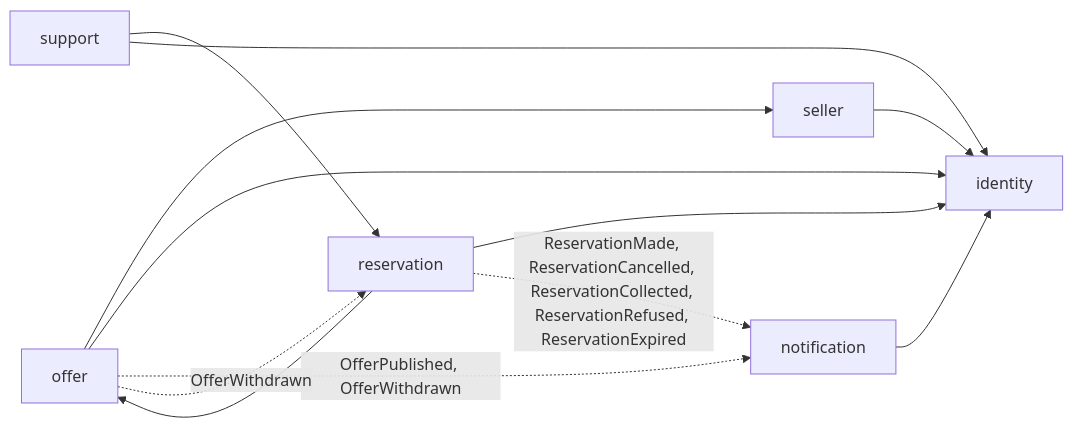
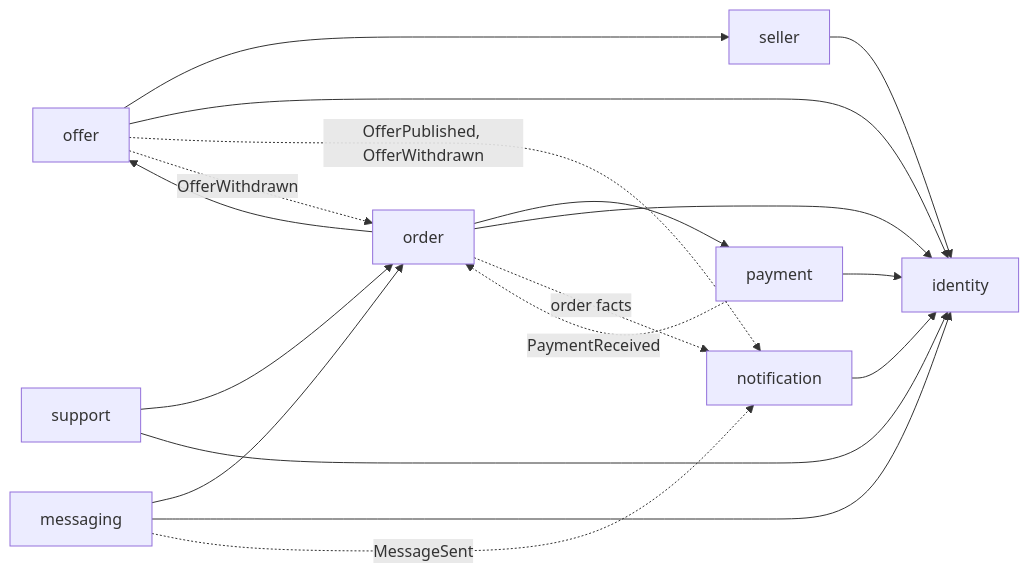
One commit to kl3inIT/second-bite changed the diagram in docs/increments/active/sec-6-pilot-domain-model/design.md. Above: the diagram before and after it, drawn with Mermaid. The commit also changed other lines of this file and 9 other files, not shown here.

````diff
--- a/docs/increments/active/sec-6-pilot-domain-model/design.md
+++ b/docs/increments/active/sec-6-pilot-domain-model/design.md
@@ -105,15 +136,21 @@
 ```mermaid
 flowchart LR
   identity
   seller --> identity
   offer --> seller
   offer --> identity
-  reservation --> offer
-  reservation --> identity
-  support --> reservation
+  order --> offer
+  order --> payment
+  order --> identity
+  payment --> identity
+  messaging --> order
+  messaging --> identity
+  support --> order
   support --> identity
   notification --> identity
   offer -. "OfferPublished, OfferWithdrawn" .-> notification
-  offer -. "OfferWithdrawn" .-> reservation
-  reservation -. "ReservationMade, ReservationCancelled, ReservationCollected, ReservationRefused, ReservationExpired" .-> notification
+  offer -. "OfferWithdrawn" .-> order
+  payment -. "PaymentReceived" .-> order
+  order -. "order facts" .-> notification
+  messaging -. "MessageSent" .-> notification
 ```
````
